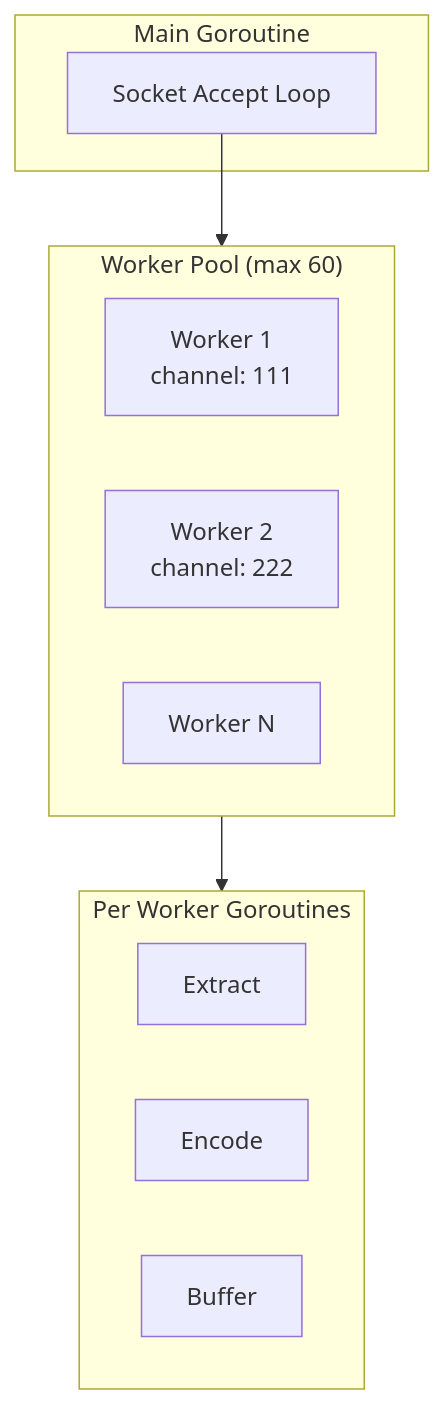
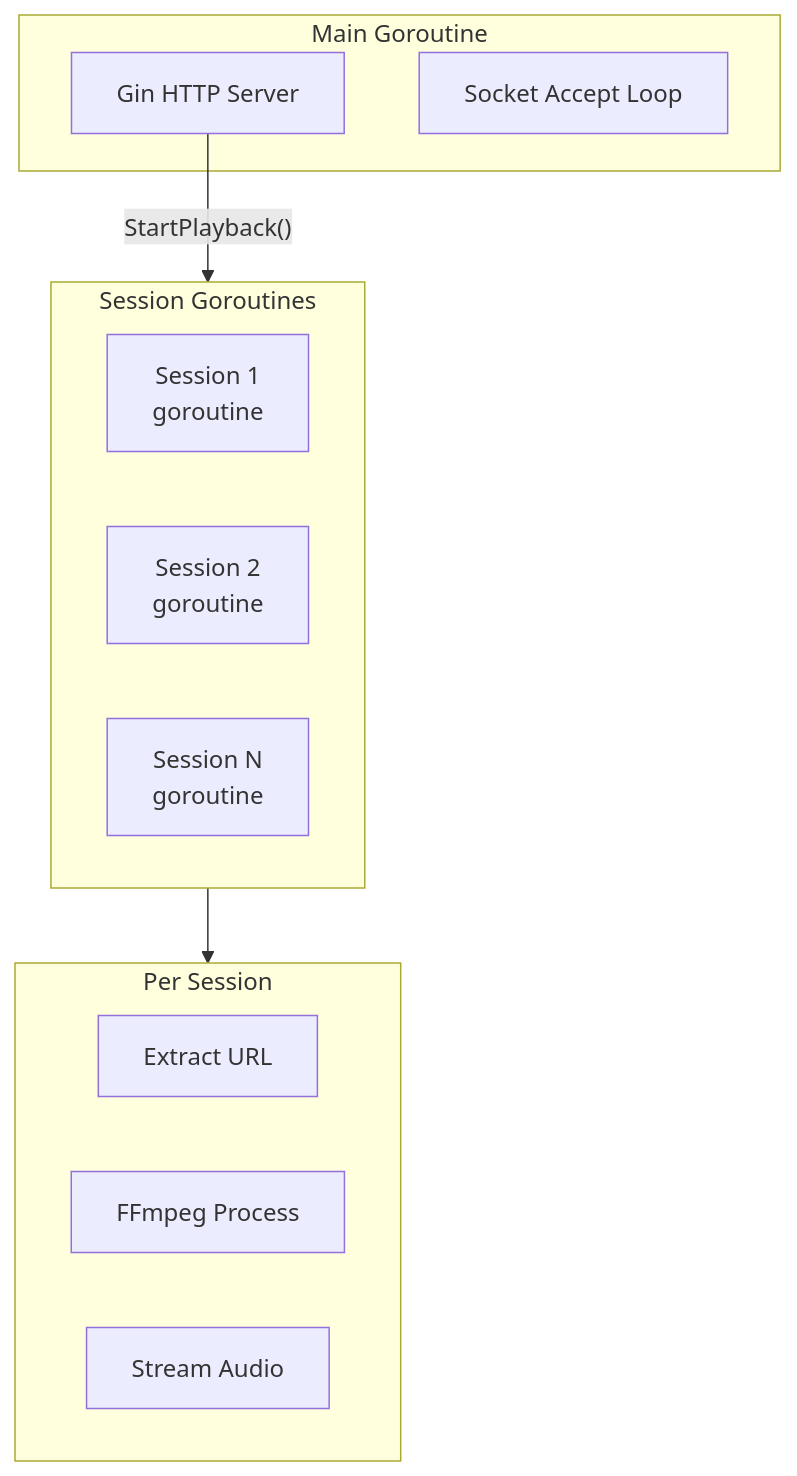
The sixth of 6 diagrams in .c3/c3-2-go-audio/README.md (thewind121212/natashi), drawn with Mermaid before and after one commit. The commit also changed other lines of this file and 34 other files, not shown here.

````diff
--- a/.c3/c3-2-go-audio/README.md
+++ b/.c3/c3-2-go-audio/README.md
@@ -196,21 +165,22 @@
 ```mermaid
 flowchart TB
     subgraph Main["Main Goroutine"]
+        GIN[Gin HTTP Server]
         ACCEPT[Socket Accept Loop]
     end
 
-    subgraph Workers["Worker Pool (max 60)"]
-        W1[Worker 1<br/>channel: 111]
-        W2[Worker 2<br/>channel: 222]
-        WN[Worker N]
+    subgraph Sessions["Session Goroutines"]
+        S1[Session 1<br/>goroutine]
+        S2[Session 2<br/>goroutine]
+        SN[Session N<br/>goroutine]
     end
 
-    subgraph PerWorker["Per Worker Goroutines"]
-        EXT[Extract]
-        ENC[Encode]
-        BUF[Buffer]
+    subgraph PerSession["Per Session"]
+        EXTRACT[Extract URL]
+        FFMPEG[FFmpeg Process]
+        STREAM[Stream Audio]
     end
 
-    ACCEPT --> Workers
-    Workers --> PerWorker
+    GIN -->|"StartPlayback()"| Sessions
+    Sessions --> PerSession
 ```
````
